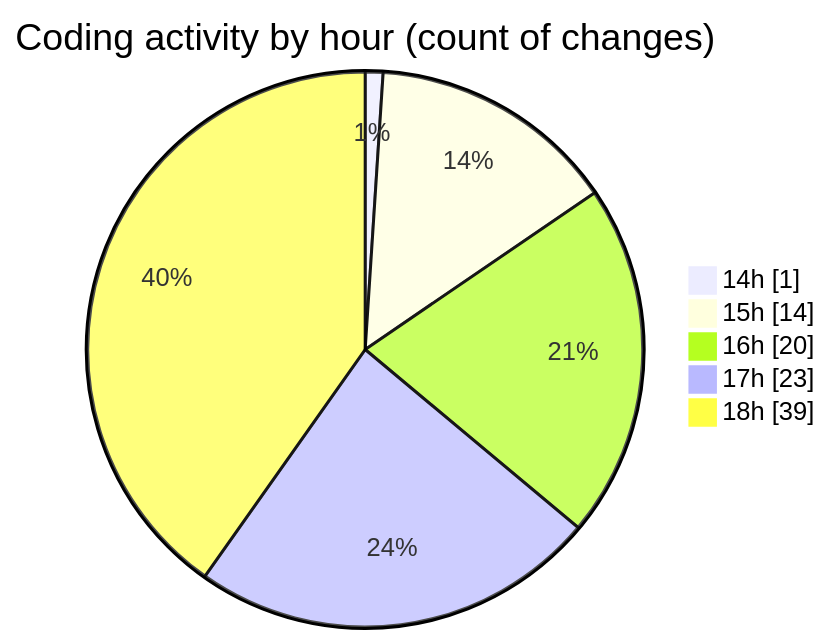
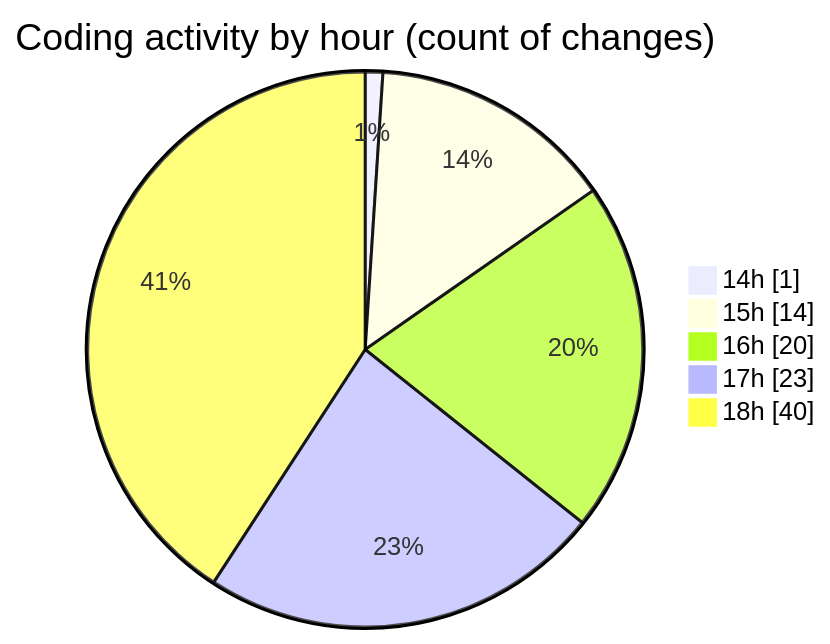
One commit to nxtqubesakshisongat/code-tracking changed the second of 2 diagrams in 2025-05-12/argos-dev/README.md. Above: the diagram before and after it, drawn with Mermaid. The commit also changed other lines of this file and 1 other file, not shown here.

````diff
--- a/2025-05-12/argos-dev/README.md
+++ b/2025-05-12/argos-dev/README.md
@@ -34,9 +34,9 @@
 ```mermaid
 pie showData
 title Coding activity by hour (count of changes)
 "14h" : 1
 "15h" : 14
 "16h" : 20
 "17h" : 23
-"18h" : 39
+"18h" : 40
 ```
````
